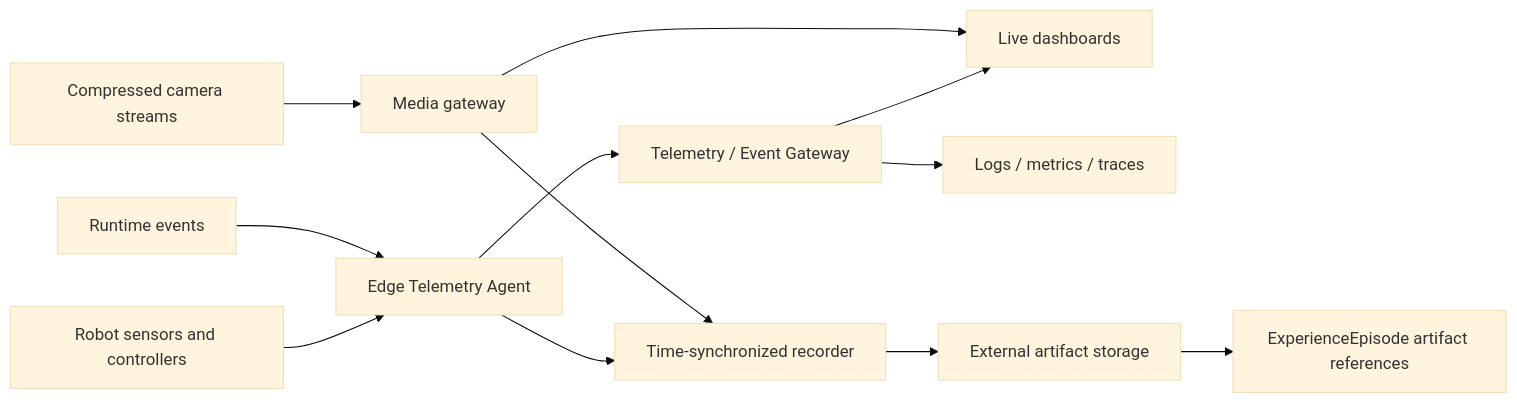
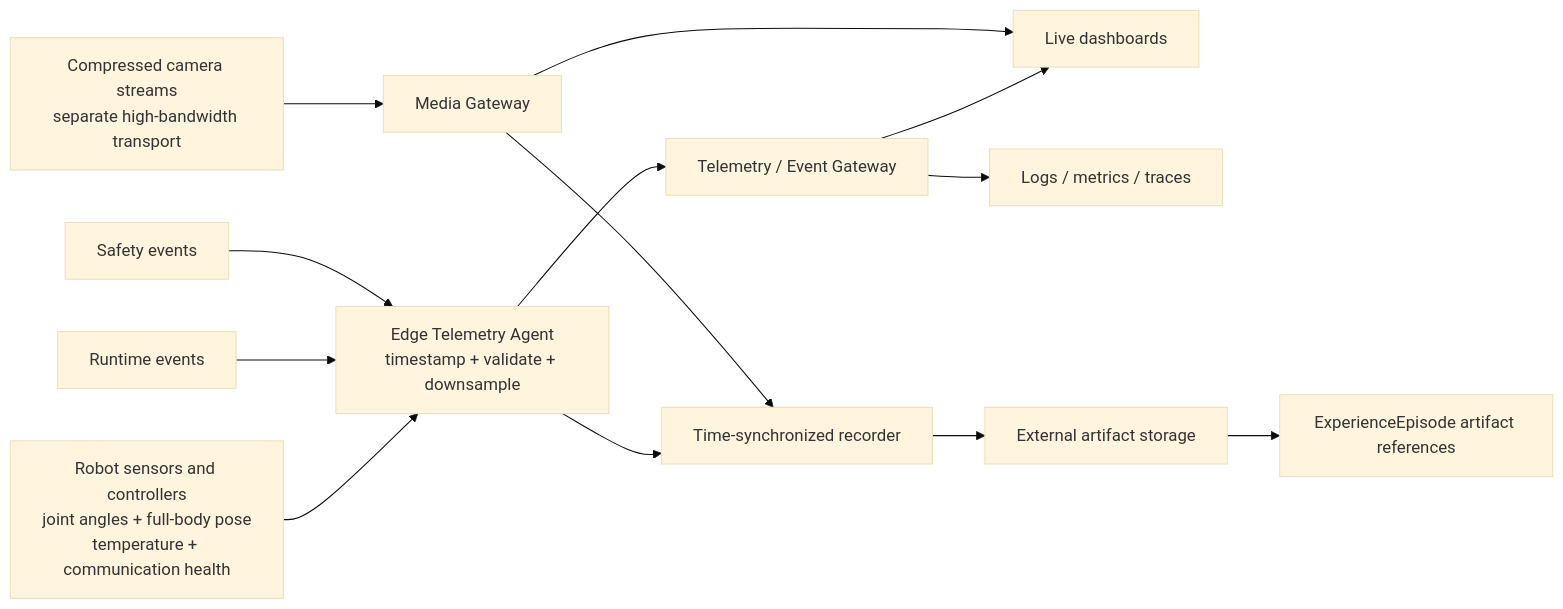
Before and after one commit to echengdee/longship: the third of 3 diagrams in docs/architecture/system-architecture-v2.md, drawn with Mermaid (base theme). The commit also changed other lines of this file and 2 other files, not shown here.

Commit message:
docs: update model-aware architecture diagrams

````diff
--- a/docs/architecture/system-architecture-v2.md
+++ b/docs/architecture/system-architecture-v2.md
@@ -635,14 +684,15 @@
 ```mermaid
 flowchart LR
-    Robot["Robot sensors and controllers"] --> Agent["Edge Telemetry Agent"]
+    Robot["Robot sensors and controllers<br/>joint angles + full-body pose<br/>temperature + communication health"] --> Agent["Edge Telemetry Agent<br/>timestamp + validate + downsample"]
     Runtime["Runtime events"] --> Agent
+    Safety["Safety events"] --> Agent
     Agent --> Bus["Telemetry / Event Gateway"]
     Bus --> Live["Live dashboards"]
     Bus --> Metrics["Logs / metrics / traces"]
     Agent --> Recorder["Time-synchronized recorder"]
-    Camera["Compressed camera streams"] --> Media["Media gateway"]
+    Camera["Compressed camera streams<br/>separate high-bandwidth transport"] --> Media["Media Gateway"]
     Media --> Live
     Media --> Recorder
     Recorder --> Store["External artifact storage"]
     Store --> Episode["ExperienceEpisode artifact references"]
 ```
````
